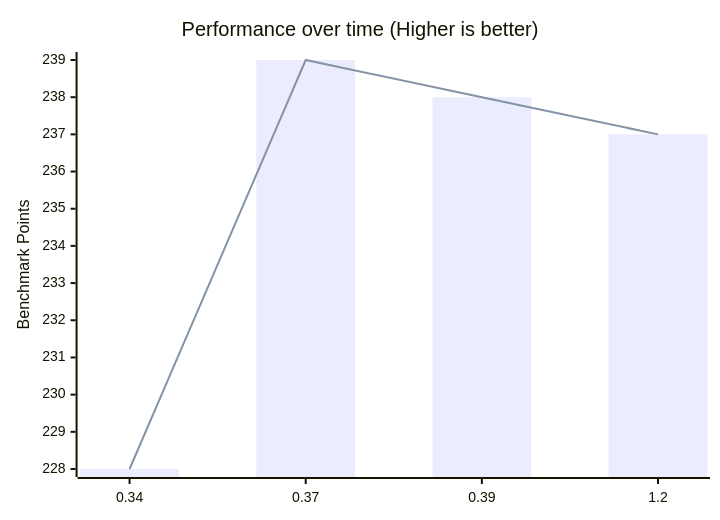
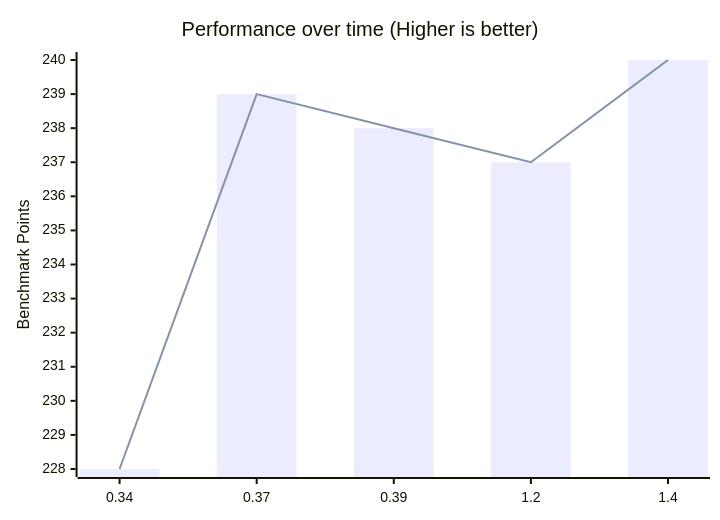
The second of 4 diagrams in content/benchmarks.md (zen-browser/docs), drawn with Mermaid before and after one commit. The commit also changed other lines of this file, not shown here.

````diff
--- a/content/benchmarks.md
+++ b/content/benchmarks.md
@@ -55,8 +57,8 @@
 ```mermaid
 xychart-beta
     title "Performance over time (Higher is better)"
-    x-axis [0.34,0.37,0.39,1.2]
+    x-axis [0.34,0.37,0.39,1.2,1.4]
     y-axis "Benchmark Points"
-    bar [228,239,238,237]
-    line [228,239,238,237]
+    bar [228,239,238,237,240]
+    line [228,239,238,237,240]
 ```
````
